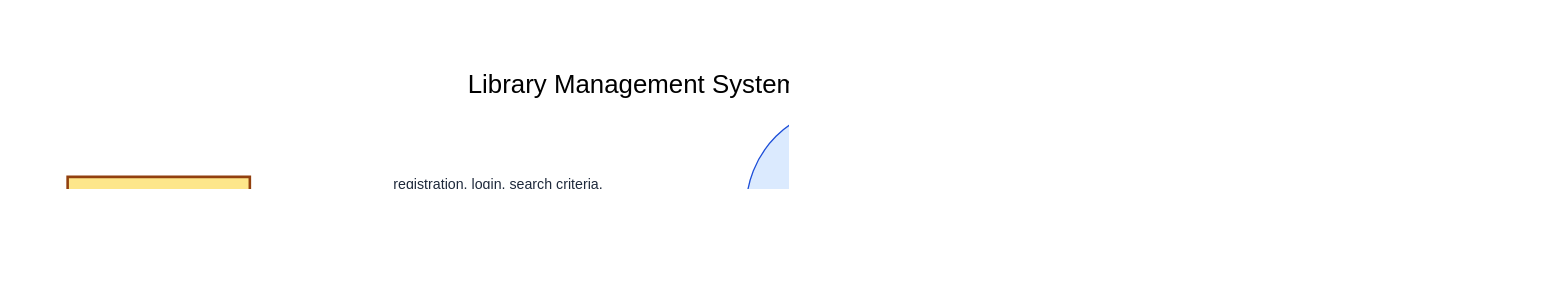
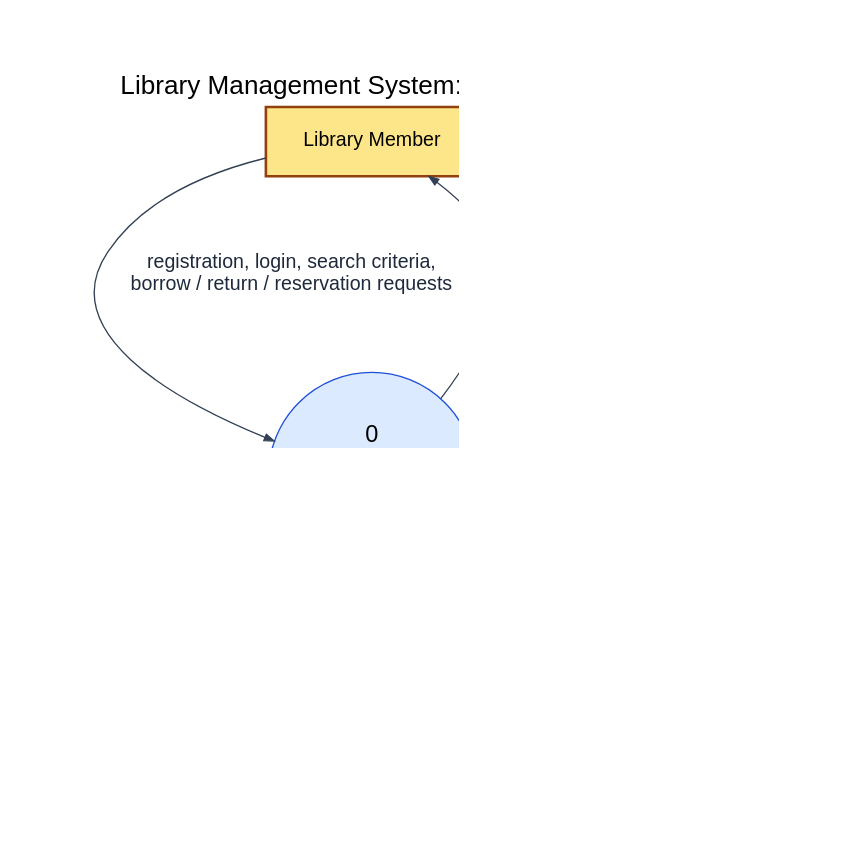
Before and after one commit to Hassan3443/library-management-system: the diagram in diagrams/dfd0.dot, drawn with Graphviz. The commit also changed 5 other files, not shown here.

Commit message:
Diagrams: re-layout DFD L0/L1 for readability and padding, tidy use case label

```diff
--- a/diagrams/dfd0.dot
+++ b/diagrams/dfd0.dot
@@ -1,12 +1,12 @@
 digraph DFD0 {
-  graph [rankdir=LR, nodesep=1, ranksep=2.4, fontname="Helvetica", labelloc=t, fontsize=20, label="Library Management System: Context Diagram (DFD Level 0)\n", dpi=150, pad=0.7, margin=0.3, bgcolor=white];
-  node [fontname="Helvetica", fontsize=12];
-  edge [fontname="Helvetica", fontsize=11, color="#334155", fontcolor="#1e293b", arrowsize=0.75];
+  graph [rankdir=TB, nodesep=1.2, ranksep=1.6, fontname="Helvetica", labelloc=t, fontsize=20, label="Library Management System: Context Diagram (DFD Level 0)\n", dpi=150, pad=0.7, margin=0.3, bgcolor=white];
+  node [fontname="Helvetica", fontsize=15];
+  edge [fontname="Helvetica", fontsize=15, color="#334155", fontcolor="#1e293b", arrowsize=0.75];
   M [label="Library Member", shape=box, style="filled,bold", fillcolor="#fde68a", color="#92400e", margin="0.3,0.25"];
   L [label="Librarian", shape=box, style="filled,bold", fillcolor="#fde68a", color="#92400e", margin="0.3,0.25"];
-  S [label="0\nLibrary\nManagement\nSystem", shape=circle, style=filled, fillcolor="#dbeafe", color="#1d4ed8", width=2.2, fixedsize=true, fontsize=14];
+  S [label="0\nLibrary\nManagement\nSystem", shape=circle, style=filled, fillcolor="#dbeafe", color="#1d4ed8", width=2.2, fixedsize=true, fontsize=18];
   M -> S [label="registration, login, search criteria,\nborrow / return / reservation requests"];
   S -> M [label="book availability, loans,\nfines, notifications, queue position"];
   L -> S [label="catalog and copy changes,\nloan confirmations, return processing,\nmember actions, login details"];
   S -> L [label="pending requests, overdue report,\nmember list, reservation queues,\nlogin result"];
 }
```
